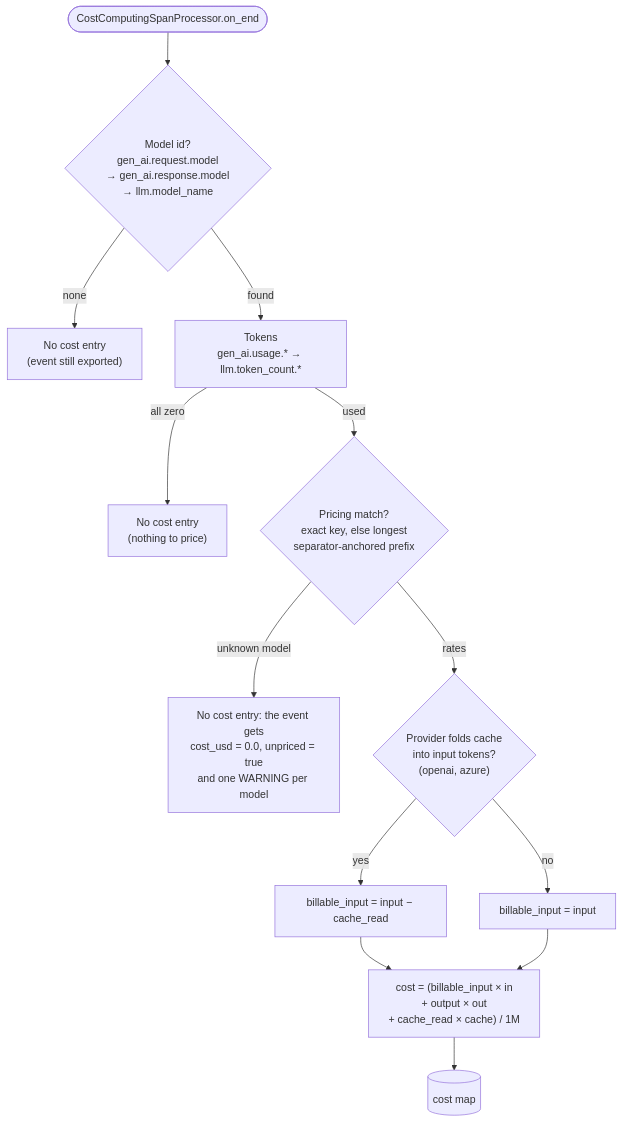
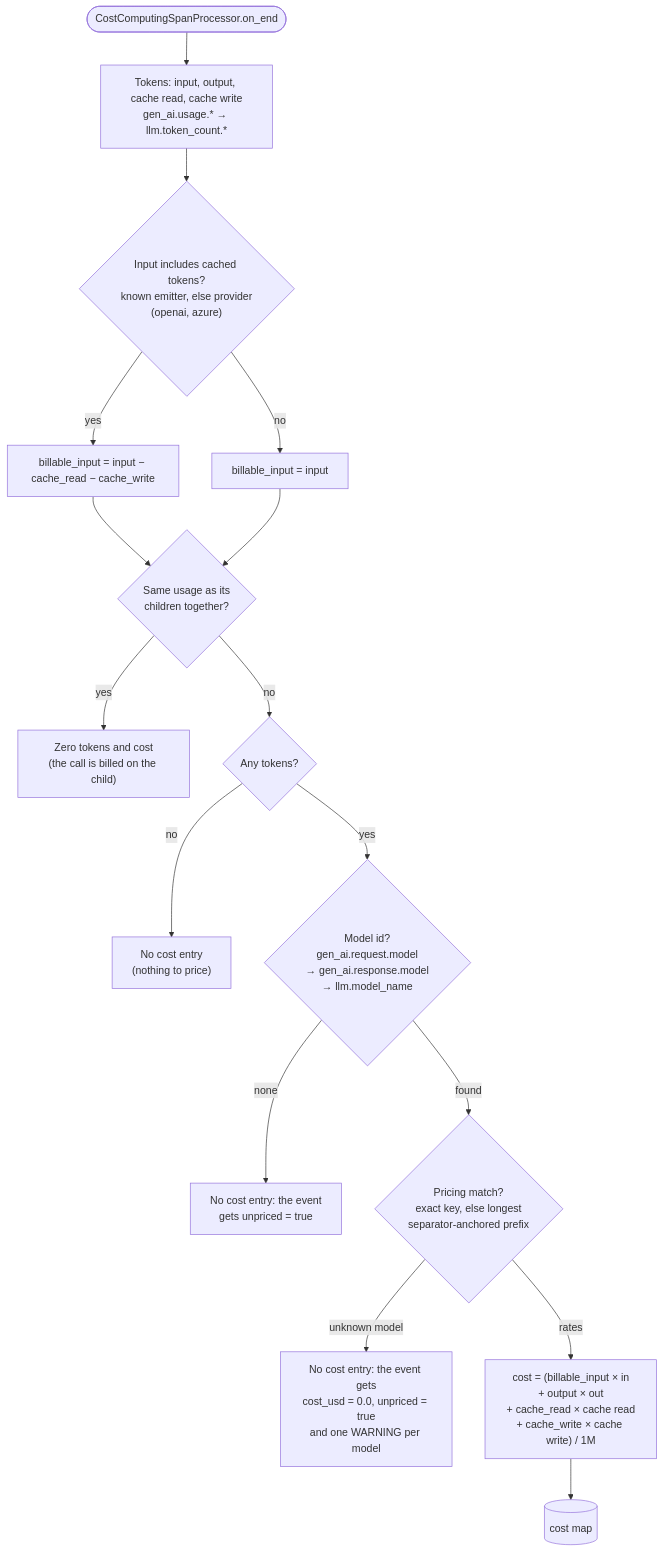
One commit to skarL007/-lumen-ai-sdk changed the fourth of 5 diagrams in README.md. Above: the diagram before and after it, drawn with Mermaid. The commit also changed other lines of this file and 16 other files, not shown here.

````diff
--- a/README.md
+++ b/README.md
@@ -219,14 +219,17 @@
 ```mermaid
 flowchart TD
-    a(["CostComputingSpanProcessor.on_end"]) --> m{"Model id?<br/>gen_ai.request.model<br/>→ gen_ai.response.model<br/>→ llm.model_name"}
-    m -- "none" --> skip1["No cost entry<br/>(event still exported)"]
-    m -- "found" --> tok["Tokens<br/>gen_ai.usage.* → llm.token_count.*"]
-    tok -- "all zero" --> skip0["No cost entry<br/>(nothing to price)"]
-    tok -- "used" --> price{"Pricing match?<br/>exact key, else longest<br/>separator-anchored prefix"}
+    a(["CostComputingSpanProcessor.on_end"]) --> tok["Tokens: input, output, cache read, cache write<br/>gen_ai.usage.* → llm.token_count.*"]
+    tok --> inc{"Input includes cached tokens?<br/>known emitter, else provider<br/>(openai, azure)"}
+    inc -- "yes" --> sub["billable_input = input − cache_read − cache_write"]
+    inc -- "no" --> keep["billable_input = input"]
+    sub & keep --> dup{"Same usage as its<br/>children together?"}
+    dup -- "yes" --> zero["Zero tokens and cost<br/>(the call is billed on the child)"]
+    dup -- "no" --> used{"Any tokens?"}
+    used -- "no" --> skip0["No cost entry<br/>(nothing to price)"]
+    used -- "yes" --> m{"Model id?<br/>gen_ai.request.model<br/>→ gen_ai.response.model<br/>→ llm.model_name"}
+    m -- "none" --> skip1["No cost entry: the event<br/>gets unpriced = true"]
+    m -- "found" --> price{"Pricing match?<br/>exact key, else longest<br/>separator-anchored prefix"}
     price -- "unknown model" --> skip2["No cost entry: the event gets<br/>cost_usd = 0.0, unpriced = true<br/>and one WARNING per model"]
-    price -- "rates" --> inc{"Provider folds cache<br/>into input tokens?<br/>(openai, azure)"}
-    inc -- "yes" --> sub["billable_input = input − cache_read"]
-    inc -- "no" --> keep["billable_input = input"]
-    sub & keep --> formula["cost = (billable_input × in<br/>+ output × out<br/>+ cache_read × cache) / 1M"]
+    price -- "rates" --> formula["cost = (billable_input × in<br/>+ output × out<br/>+ cache_read × cache read<br/>+ cache_write × cache write) / 1M"]
     formula --> store[("cost map")]
 ```
````
